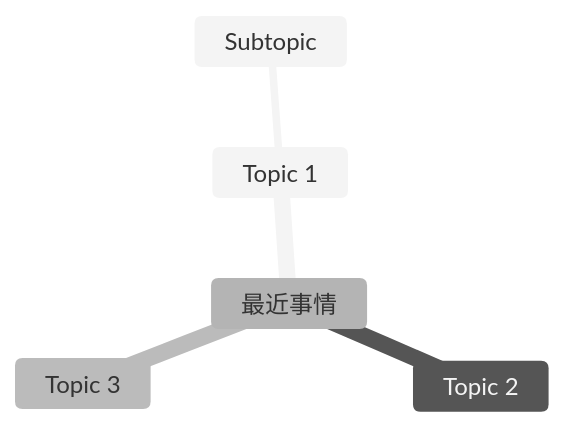
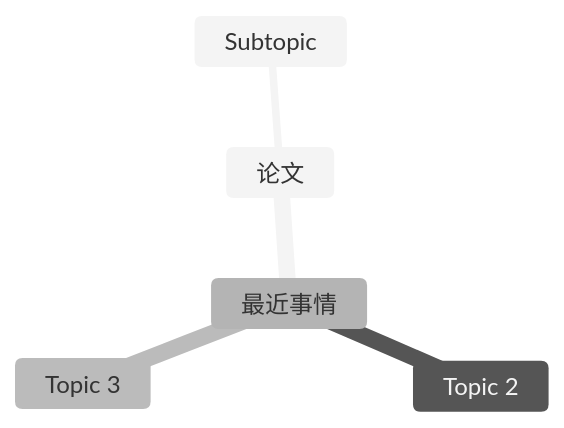
One commit to fireflysss/mermaid-notes changed the diagram in notes/未命名_6cfca54d-d4f2-4bcd-9d07-2aef4e47ed54.md. Above: the diagram before and after it, drawn with Mermaid (neutral theme). The commit also changed 3 other files, not shown here.

Commit message:
Sync Mermaid Studio data (14 diagrams)

````diff
--- a/notes/未命名_6cfca54d-d4f2-4bcd-9d07-2aef4e47ed54.md
+++ b/notes/未命名_6cfca54d-d4f2-4bcd-9d07-2aef4e47ed54.md
@@ -3,9 +3,9 @@
 ```mermaid
 mindmap
   最近事情
-    Topic 1
+    论文
       Subtopic
     Topic 2
     Topic 3
 
 ```
````
